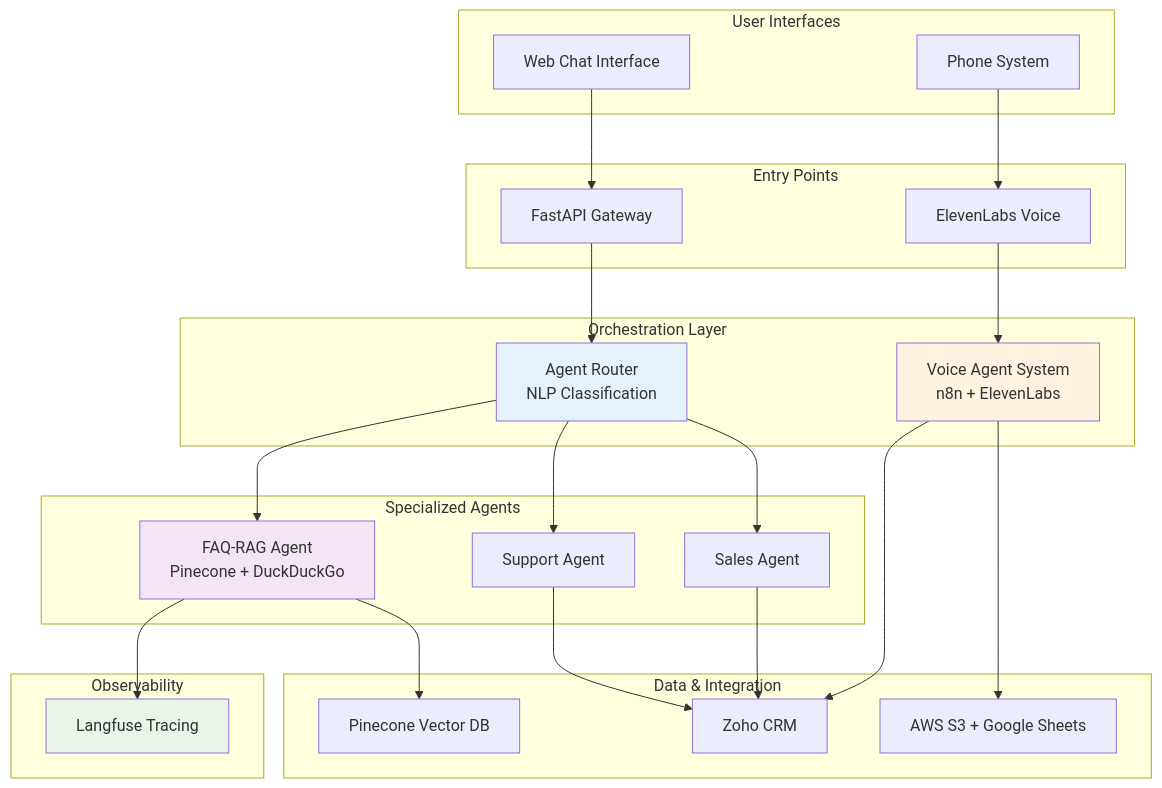
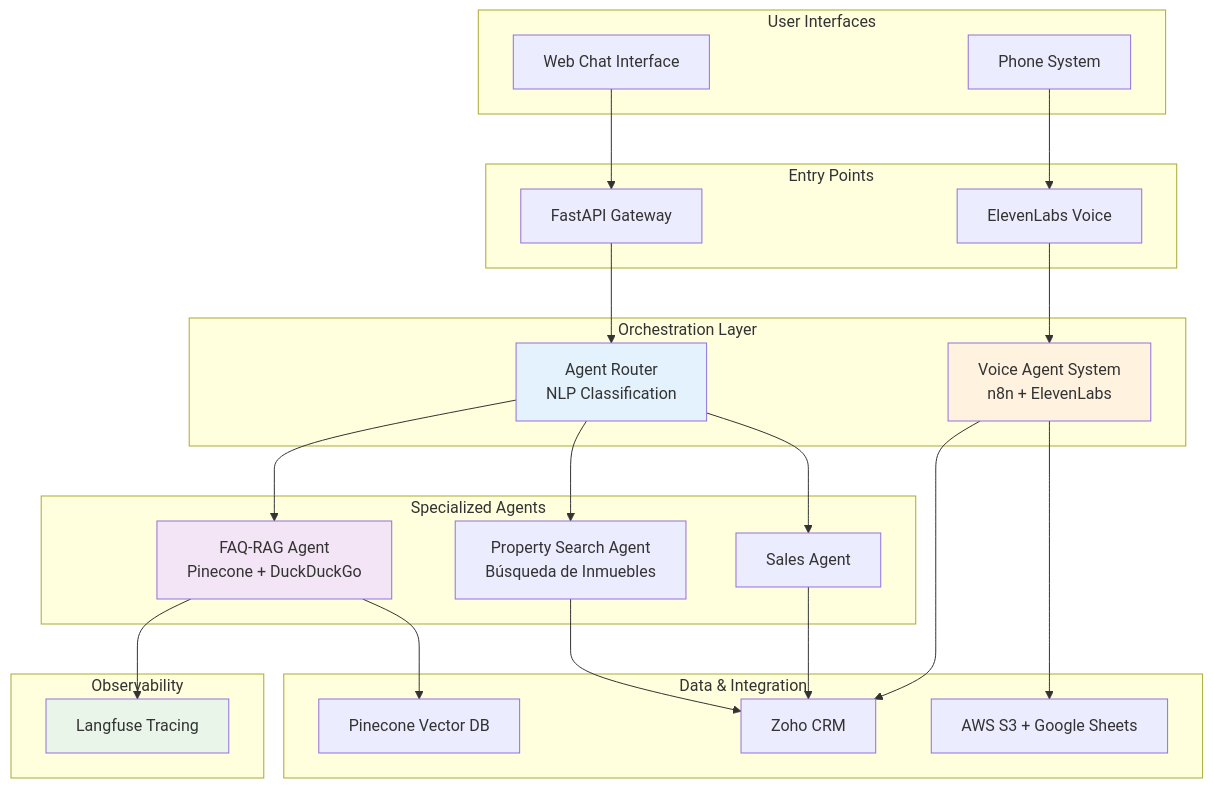
The first of 6 diagrams in technical-details.md (danielaloperahernandez/ai-agents-portfolio), drawn with Mermaid before and after one commit. The commit also changed other lines of this file, not shown here.

````diff
--- a/technical-details.md
+++ b/technical-details.md
@@ -7,55 +7,55 @@
 ```mermaid
 graph TB
     subgraph "User Interfaces"
         A[Web Chat Interface]
         B[Phone System]
     end
     
     subgraph "Entry Points"
         C[FastAPI Gateway]
         D[ElevenLabs Voice]
     end
     
     subgraph "Orchestration Layer"
         E[Agent Router<br/>NLP Classification]
         F[Voice Agent System<br/>n8n + ElevenLabs]
     end
     
     subgraph "Specialized Agents"
         G[FAQ-RAG Agent<br/>Pinecone + DuckDuckGo]
         H[Sales Agent]
-        I[Support Agent]
+        I[Property Search Agent<br/>Búsqueda de Inmuebles]
     end
     
     subgraph "Data & Integration"
         J[Pinecone Vector DB]
         K[Zoho CRM]
         L[AWS S3 + Google Sheets]
     end
     
     subgraph "Observability"
         M[Langfuse Tracing]
     end
     
     A --> C
     B --> D
     C --> E
     D --> F
     
     E --> G
     E --> H
     E --> I
     F --> K
     
     G --> J
     H --> K
     I --> K
     F --> L
     
     G --> M
     
     style E fill:#e3f2fd
     style G fill:#f3e5f5
     style F fill:#fff3e0
     style M fill:#e8f5e8
 ```
````
